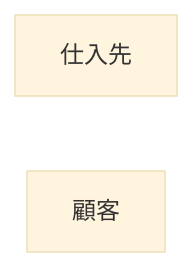
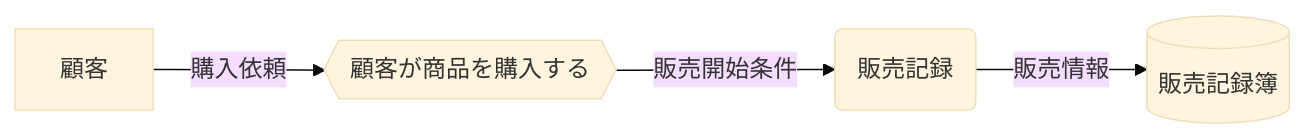
The second of 2 diagrams in docs/ja/specdojo/rulebooks/cdfd-mermaid-rulebook.md (specdojo/specdojo), drawn with Mermaid (base theme) before and after one commit. The commit also changed other lines of this file and 6 other files, not shown here.

Commit message:
exec(T-DATA-FLOW-cdfd-overview-005): apply task changes

````diff
--- a/docs/ja/specdojo/rulebooks/cdfd-mermaid-rulebook.md
+++ b/docs/ja/specdojo/rulebooks/cdfd-mermaid-rulebook.md
@@ -136,5 +102,6 @@
 ```mermaid
 flowchart LR
-    仕入先["仕入先"]
-    顧客["顧客"]
+  顧客["顧客"] -->|"購入依頼"| 購入要求{{"顧客が商品を購入する"}}
+  購入要求 -->|"販売開始条件"| 販売記録("販売記録")
+  販売記録 -->|"販売情報"| 販売記録簿[("販売記録簿")]
 ```
````
